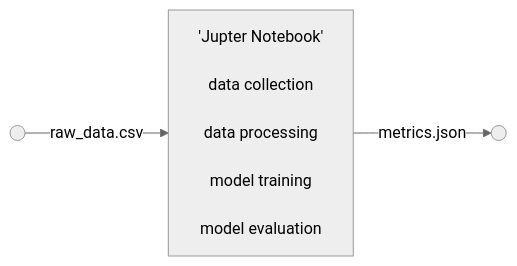
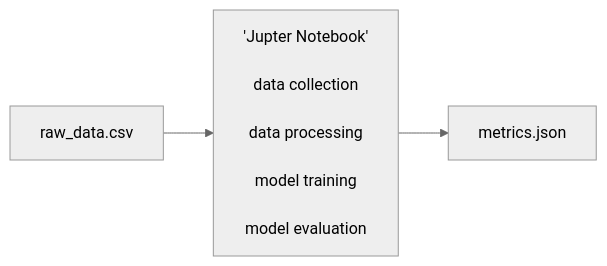
Before and after one commit to Megha-2023/docker-demo: the first of 6 diagrams in Demo.md, drawn with Mermaid (neutral theme).

Commit message:
Updated Demo file

````diff
--- a/Demo.md
+++ b/Demo.md
@@ -5,14 +5,9 @@
 ```mermaid
 flowchart LR
-
-    A(( ))
     B["'Jupter Notebook'
     <br/>data collection
     <br/>data processing
     <br/>model training
     <br/>model evaluation"]
-
-    C(( ))
-    A --> |raw_data.csv| B
-    B --> |metrics.json| C
+    raw_data.csv --> B --> metrics.json
 ```
````
